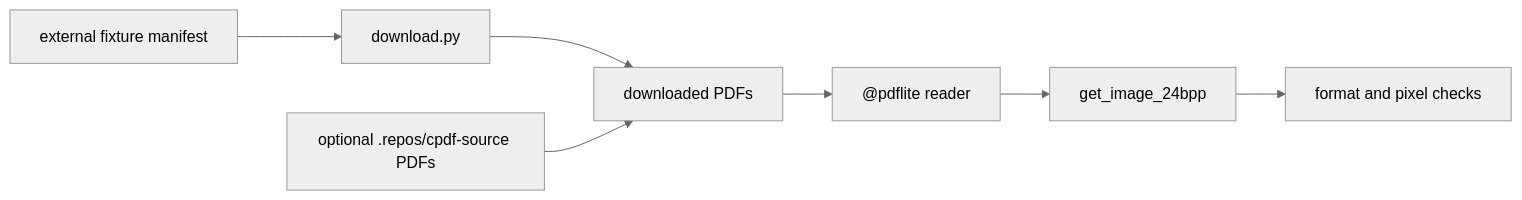
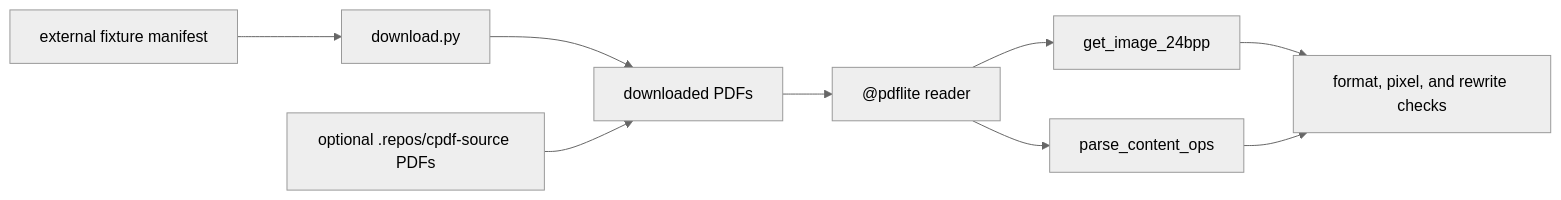
The diagram in pdflite/image/fixture_acceptance/README.mbt.md (moonbitlang/office.mbt), drawn with Mermaid (neutral theme) before and after one commit. The commit also changed other lines of this file and 2 other files, not shown here.

````diff
--- a/pdflite/image/fixture_acceptance/README.mbt.md
+++ b/pdflite/image/fixture_acceptance/README.mbt.md
@@ -10,9 +10,11 @@
 ```mermaid
 flowchart LR
   Manifest[external fixture manifest] --> Download[download.py]
   Download --> PDFs[downloaded PDFs]
   Source[optional .repos/cpdf-source PDFs] --> PDFs
   PDFs --> Reader["@pdflite reader"]
   Reader --> Images[get_image_24bpp]
-  Images --> Checks[format and pixel checks]
+  Reader --> Content[parse_content_ops]
+  Images --> Checks[format, pixel, and rewrite checks]
+  Content --> Checks
 ```
````
